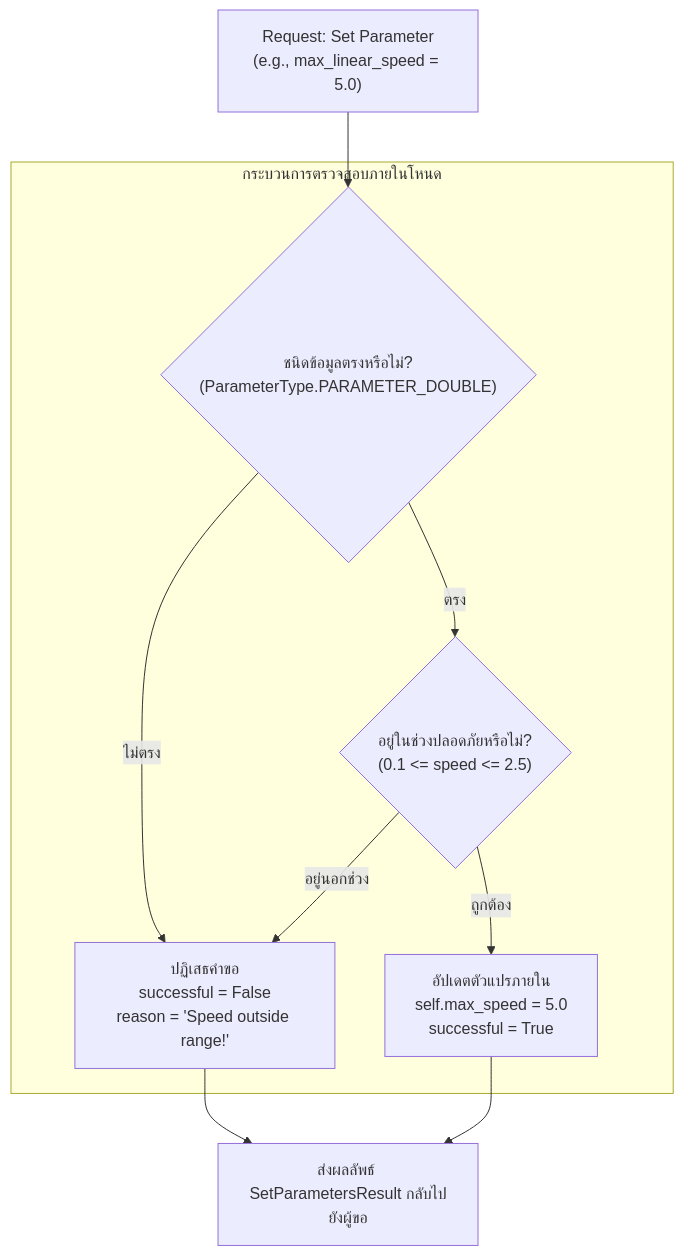
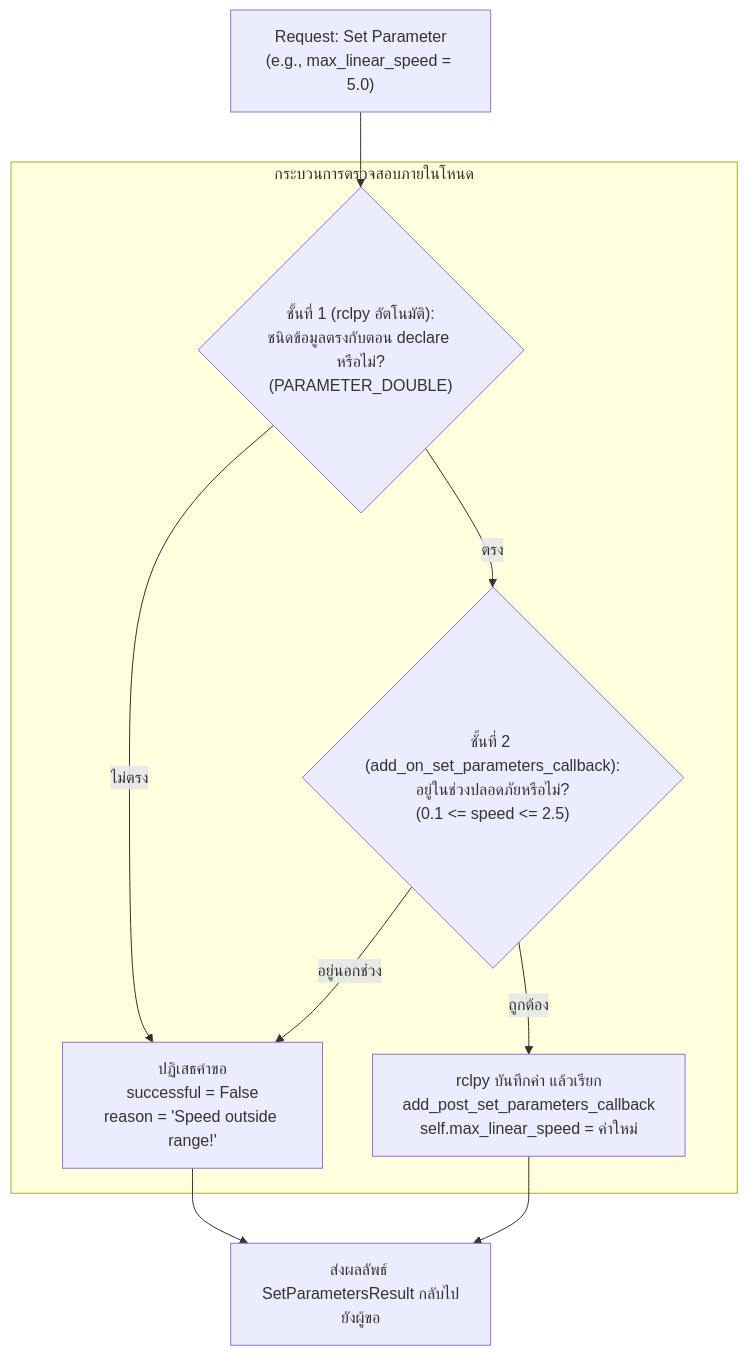
One commit to alfaXphoori/ros2 changed the second of 3 diagrams in Essential_ROS/Week_05_Parameters_Launch/Readme.md. Above: the diagram before and after it, drawn with Mermaid. The commit also changed other lines of this file and 425 other files, not shown here.

````diff
--- a/Essential_ROS/Week_05_Parameters_Launch/Readme.md
+++ b/Essential_ROS/Week_05_Parameters_Launch/Readme.md
@@ -88,21 +88,21 @@
 ```mermaid
 flowchart TD
     Request["Request: Set Parameter<br/>(e.g., max_linear_speed = 5.0)"]
     
     subgraph Node_Validation ["กระบวนการตรวจสอบภายในโหนด"]
-        TypeCheck{"ชนิดข้อมูลตรงหรือไม่?<br/>(ParameterType.PARAMETER_DOUBLE)"}
-        RangeCheck{"อยู่ในช่วงปลอดภัยหรือไม่?<br/>(0.1 <= speed <= 2.5)"}
-        ApplyParam["อัปเดตตัวแปรภายใน<br/>self.max_speed = 5.0<br/>successful = True"]
+        TypeCheck{"ชั้นที่ 1 (rclpy อัตโนมัติ):<br/>ชนิดข้อมูลตรงกับตอน declare หรือไม่?<br/>(PARAMETER_DOUBLE)"}
+        RangeCheck{"ชั้นที่ 2 (add_on_set_parameters_callback):<br/>อยู่ในช่วงปลอดภัยหรือไม่?<br/>(0.1 <= speed <= 2.5)"}
+        ApplyParam["rclpy บันทึกค่า แล้วเรียก<br/>add_post_set_parameters_callback<br/>self.max_linear_speed = ค่าใหม่"]
         RejectParam["ปฏิเสธคำขอ<br/>successful = False<br/>reason = 'Speed outside range!'"]
     end
     
     Response["ส่งผลลัพธ์ SetParametersResult กลับไปยังผู้ขอ"]
 
     Request --> TypeCheck
     TypeCheck -- ไม่ตรง --> RejectParam
     TypeCheck -- ตรง --> RangeCheck
     RangeCheck -- อยู่นอกช่วง --> RejectParam
     RangeCheck -- ถูกต้อง --> ApplyParam
     RejectParam --> Response
     ApplyParam --> Response
 ```
````
